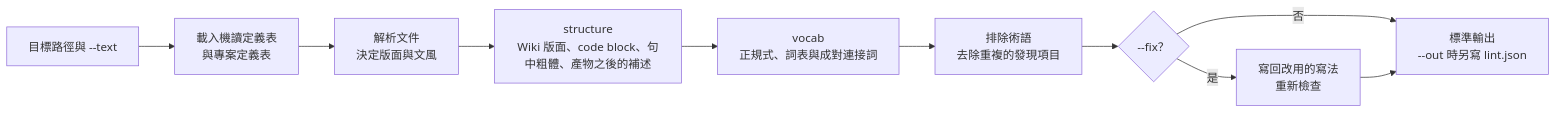
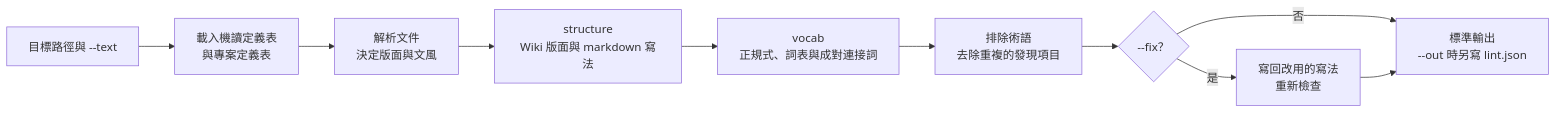
One commit to linziyou0601/galaxy-buds-mac-control changed the second of 2 diagrams in .ai/skills/rule-writing/references/scripts-contract.md. Above: the diagram before and after it, drawn with Mermaid. The commit also changed other lines of this file and 26 other files, not shown here.

````diff
--- a/.ai/skills/rule-writing/references/scripts-contract.md
+++ b/.ai/skills/rule-writing/references/scripts-contract.md
@@ -142,12 +142,12 @@
 ```mermaid
 flowchart LR
     Paths["目標路徑與 --text"] --> Setup["載入機讀定義表<br/>與專案定義表"]
     Setup --> Prepare["解析文件<br/>決定版面與文風"]
-    Prepare --> Structure["structure<br/>Wiki 版面、code block、句中粗體、產物之後的補述"]
+    Prepare --> Structure["structure<br/>Wiki 版面與 markdown 寫法"]
     Structure --> Vocab["vocab<br/>正規式、詞表與成對連接詞"]
     Vocab --> Merge["排除術語<br/>去除重複的發現項目"]
     Merge --> Fix{"--fix？"}
     Fix -->|是| Write["寫回改用的寫法<br/>重新檢查"]
     Fix -->|否| Output
     Write --> Output["標準輸出<br/>--out 時另寫 lint.json"]
 ```
````
